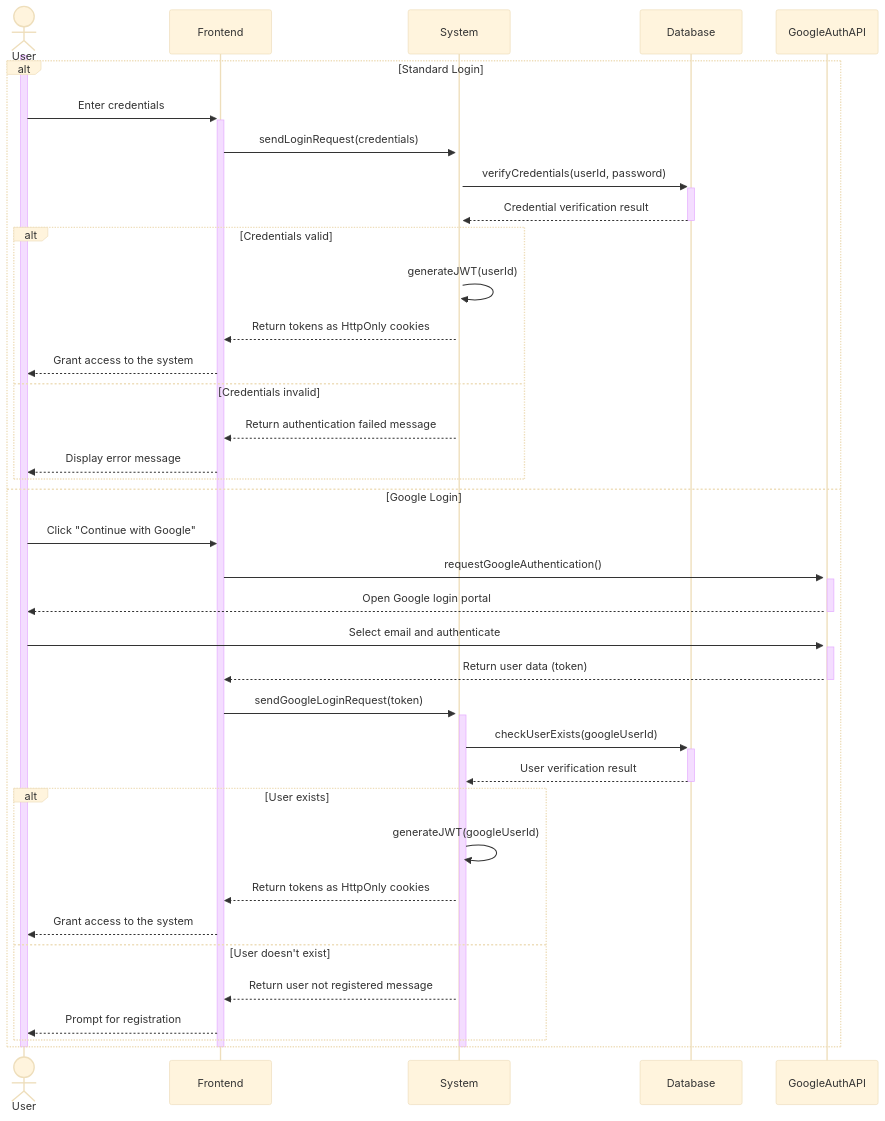
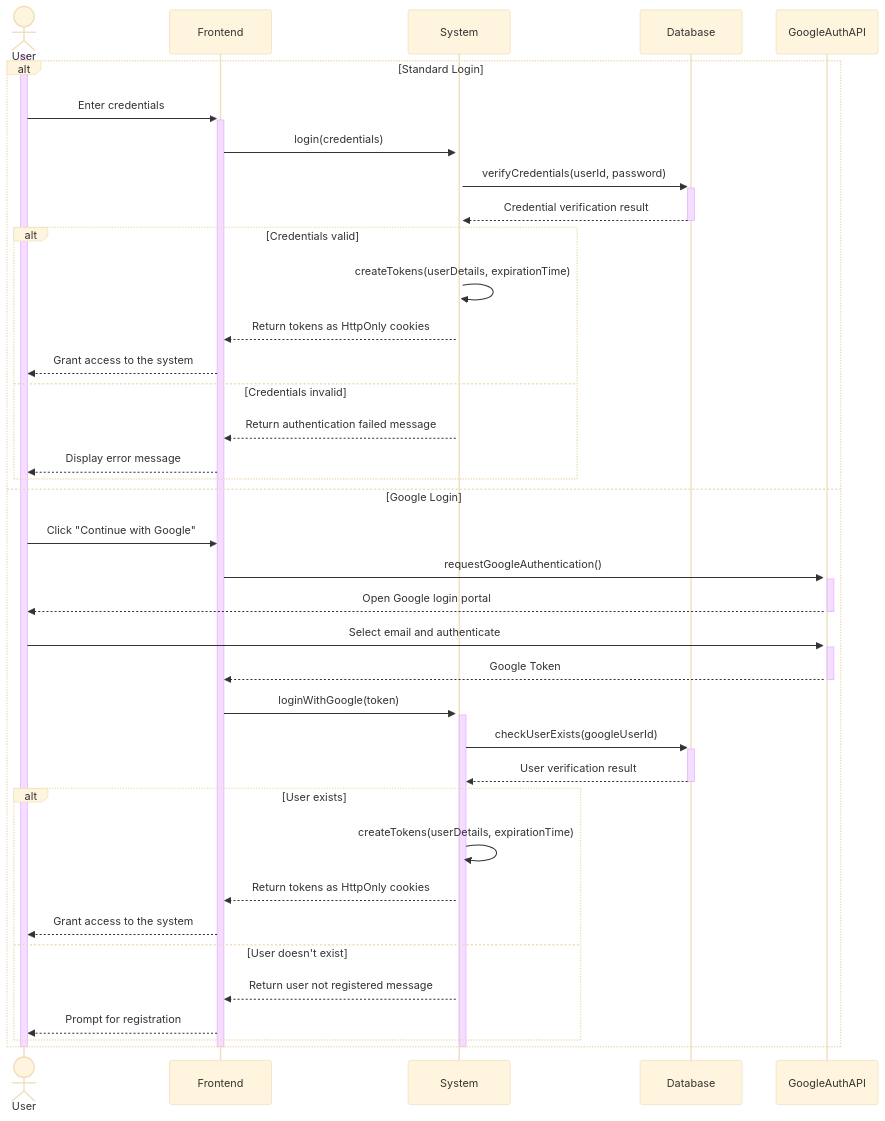
The diagram in login.mermaid (Shaar03/Diagrams), drawn with Mermaid (base theme) before and after one commit.

```diff
--- a/login.mermaid
+++ b/login.mermaid
@@ -1,44 +1,44 @@
 sequenceDiagram
     actor User
     participant Frontend
     participant System
     participant Database
     participant GoogleAuthAPI
 
     activate User
     alt Standard Login
         User->>+Frontend: Enter credentials
-        Frontend->>+System: sendLoginRequest(credentials)
+        Frontend->>+System: login(credentials)
         System->>+Database: verifyCredentials(userId, password)
         Database-->>-System: Credential verification result
         alt Credentials valid
-            System->>System: generateJWT(userId)
+            System->>System: createTokens(userDetails, expirationTime)
             System-->>Frontend: Return tokens as HttpOnly cookies
             Frontend-->>User: Grant access to the system
         else Credentials invalid
             System-->>Frontend: Return authentication failed message
             Frontend-->>User: Display error message
         end
     else Google Login
         User->>Frontend: Click "Continue with Google"
         Frontend->>+GoogleAuthAPI: requestGoogleAuthentication()
         activate GoogleAuthAPI
         GoogleAuthAPI-->>User: Open Google login portal
         deactivate GoogleAuthAPI
         User->>+GoogleAuthAPI: Select email and authenticate
-        GoogleAuthAPI-->>-Frontend: Return user data (token)
-        Frontend->>+System: sendGoogleLoginRequest(token)
+        GoogleAuthAPI-->>-Frontend: Google Token
+        Frontend->>+System: loginWithGoogle(token)
         System->>+Database: checkUserExists(googleUserId)
         Database-->>-System: User verification result
         alt User exists
-            System->>System: generateJWT(googleUserId)
+            System->>System: createTokens(userDetails, expirationTime)
             System-->>Frontend: Return tokens as HttpOnly cookies
             Frontend-->>User: Grant access to the system
         else User doesn't exist
             System-->>Frontend: Return user not registered message
             Frontend-->>User: Prompt for registration
         end
     end
     deactivate System
     deactivate Frontend
     deactivate User
```
